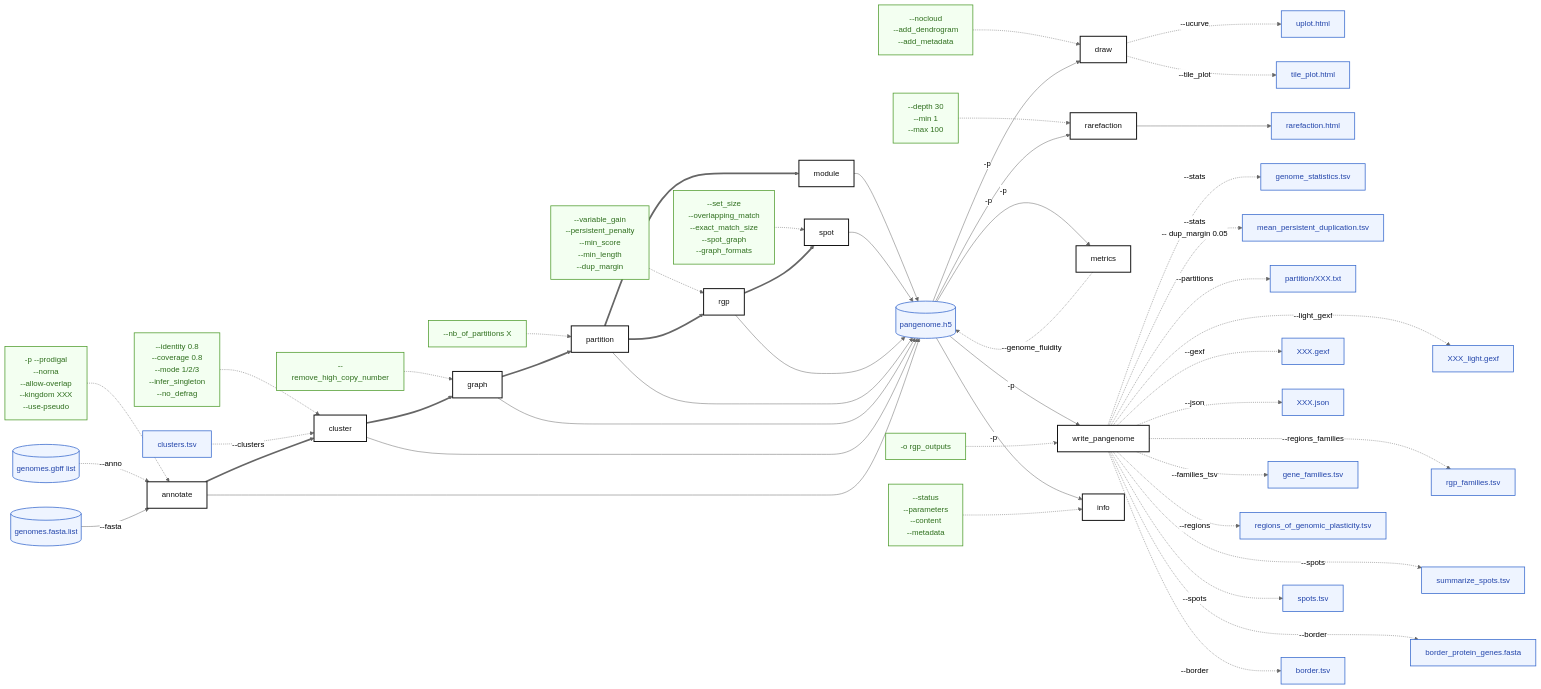
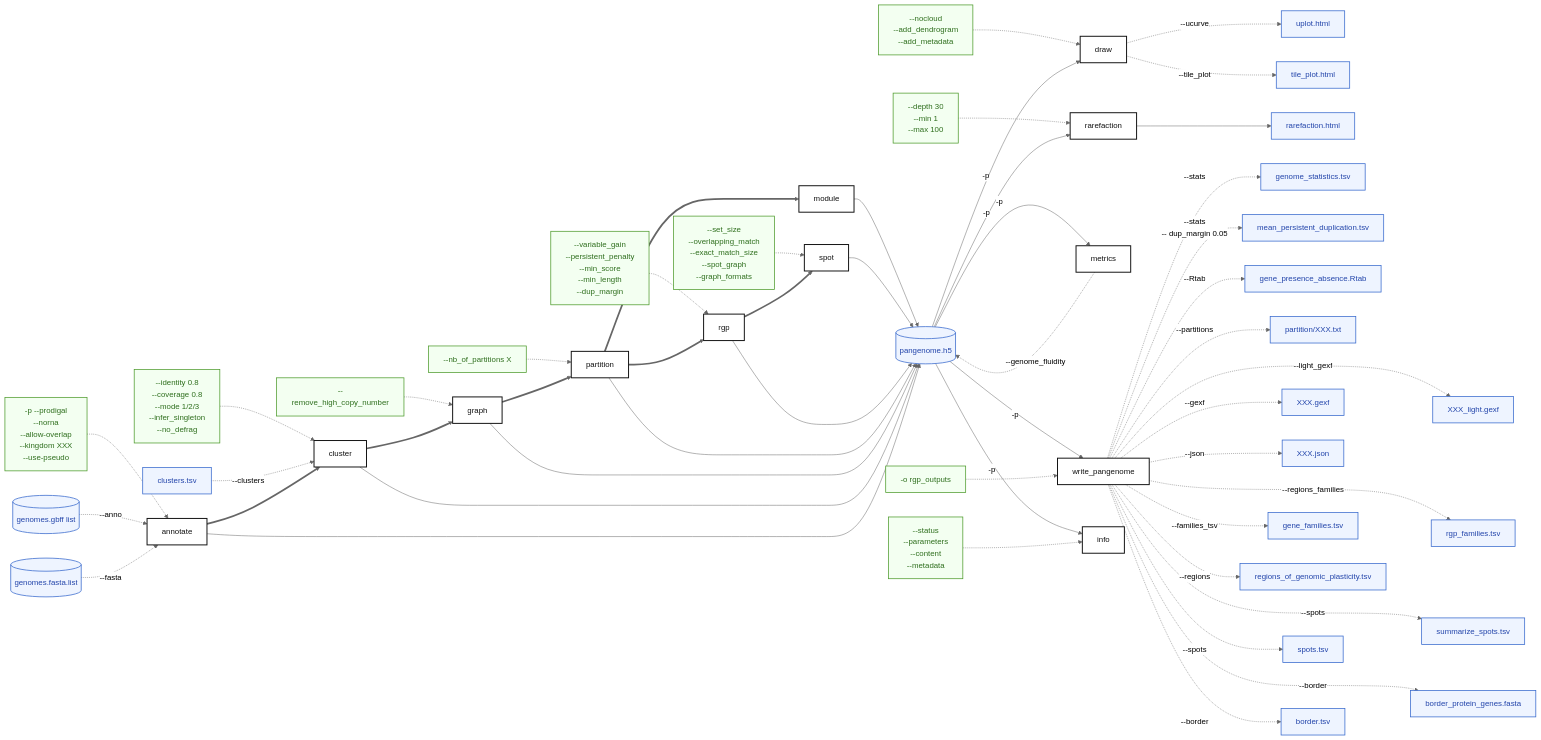
One commit to rsiminel/PPanGGOLiN-flowchart changed the diagram in flowchart.mmd. Above: the diagram before and after it, drawn with Mermaid (neutral theme). The commit also changed 1 other file, not shown here.

```diff
--- a/flowchart.mmd
+++ b/flowchart.mmd
@@ -1,159 +1,160 @@
 flowchart LR
 
 %% =====================
 %% Styles
 %% =====================
 classDef cmd fill:#ffffff,stroke:#111111,stroke-width:2px,color:#111111;
 classDef file fill:#eef4ff,stroke:#3366cc,stroke-width:1.5px,color:#2244aa;
 classDef opt fill:#f3fff1,stroke:#4c9a2a,stroke-width:1.5px,color:#2f6f1e;
 
 %% =====================
 %% Annotate
 %% =====================
 annotate_opts["
     -p --prodigal
     --norna
     --allow-overlap
     --kingdom XXX
     --use-pseudo
 "]:::opt -.-> annotate
 anno[(genomes.gbff list)]:::file -."--anno".-> annotate[annotate]:::cmd
-fasta[(genomes.fasta.list)]:::file --"--fasta"--> annotate
+fasta[(genomes.fasta.list)]:::file -."--fasta".-> annotate
 
 %% =====================
 %% Cluster
 %% =====================
 cluster_opts["
     --identity 0.8
     --coverage 0.8
     --mode 1/2/3
     --infer_singleton
     --no_defrag
 "]:::opt -.-> cluster
 clusters_tsv[clusters.tsv]:::file -."--clusters".-> cluster
 annotate ==> cluster[cluster]:::cmd
 
 %% =====================
 %% Graph
 %% =====================
 graph_opts["
     --remove_high_copy_number
 "]:::opt -.-> graf
 cluster ==> graf[graph]:::cmd
 
 %% =====================
 %% Partition
 %% =====================
 partition_opts["
     --nb_of_partitions X
 "]:::opt -.-> partition
 graf ==> partition[partition]:::cmd
 
 %% =====================
 %% RGP
 %% =====================
 rgp_opts["
     --variable_gain
     --persistent_penalty
     --min_score
     --min_length
     --dup_margin
 "]:::opt -.-> rgp
 partition ==> rgp[rgp]:::cmd
 
 %% =====================
 %% Spot
 %% =====================
 spot_opts["
     --set_size
     --overlapping_match
     --exact_match_size
     --spot_graph
     --graph_formats
 "]:::opt -.-> spot
 rgp ==> spot[spot]:::cmd
 
 %% =====================
 %% Module
 %% =====================
 module[module]:::cmd
 partition ==> module
 
 %% =====================
 %% Pangenome.h5 Output
 %% =====================
 module --> h5[(pangenome.h5)]:::file
 spot --> h5
 rgp --> h5
 partition --> h5
 graf --> h5
 cluster --> h5
 annotate --> h5
 
 %% =====================
 %% Draw
 %% =====================
 draw_opts["
     --nocloud
     --add_dendrogram
     --add_metadata
 "]:::opt -.-> draw
 h5 --"-p"--> draw[draw]:::cmd
 
 draw -."--ucurve".-> uplot["uplot.html"]:::file
 draw -."--tile_plot".-> tile["tile_plot.html"]:::file
 
 %% =====================
 %% Rarefaction
 %% =====================
 rarefaction_opts["
     --depth 30
     --min 1
     --max 100
 "]:::opt -.-> rarefaction
 h5 --"-p"--> rarefaction[rarefaction]:::cmd
 
 rarefaction --> rare["rarefaction.html"]:::file
 
 %% =====================
 %% Metrics
 %% =====================
 h5 --"-p"--> metrics[metrics]:::cmd
 metrics -."--genome_fluidity".-> h5
 
 %% =====================
 %% Write Pangenome
 %% =====================
 h5 --"-p"--> wp[write_pangenome]:::cmd
 wp_opts["
     -o rgp_outputs
 "]:::opt -.-> wp
 wp -."--stats".-> stats["genome_statistics.tsv"]:::file
 wp -."
     --stats
     -- dup_margin 0.05
 ".-> dup["mean_persistent_duplication.tsv"]:::file
+wp -."--Rtab".-> rtab["gene_presence_absence.Rtab"]:::file
 wp -."--partitions".-> partitions["partition/XXX.txt"]:::file
 wp -."--gexf".-> gexf["XXX.gexf"]:::file
 wp -."--light_gexf".-> lgexf["XXX_light.gexf"]:::file
 wp -."--json".-> json["XXX.json"]:::file
 gexf & json ~~~ lgexf
 wp -."--families_tsv".-> families["gene_families.tsv"]:::file
 wp -."--regions".-> regions["regions_of_genomic_plasticity.tsv"]:::file
 wp -."--regions_families".-> rgp_fam["rgp_families.tsv"]:::file
 families & regions ~~~ rgp_fam
 wp -."--spots".-> spots["spots.tsv"]:::file & sum["summarize_spots.tsv"]:::file
 spots ~~~ sum
 wp -."--border".-> border["border.tsv"]:::file & border_fasta["border_protein_genes.fasta"]:::file
 border ~~~ border_fasta
 
 %% =====================
 %% Info
 %% =====================
 h5 --"-p"--> info[info]:::cmd
 info_opts["
     --status
     --parameters
     --content
     --metadata
 "]:::opt -.-> info
```
